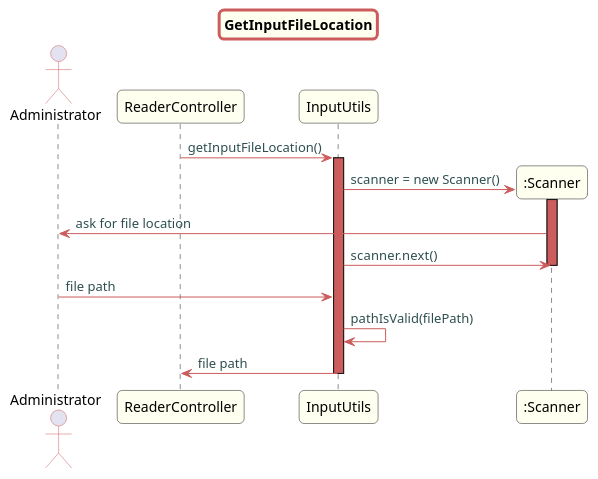
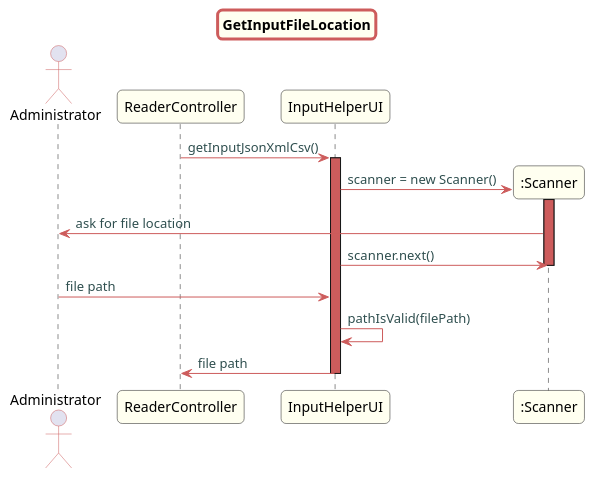
Before and after one commit to Almadanmp/project: the diagram in src/doc/Controllers/HouseConfiguration/US265/GetInputFileLocation.puml, drawn with PlantUML. The commit also changed 18 other files, not shown here.

```diff
--- a/src/doc/Controllers/HouseConfiguration/US265/GetInputFileLocation.puml
+++ b/src/doc/Controllers/HouseConfiguration/US265/GetInputFileLocation.puml
@@ -1,43 +1,43 @@
 @startuml
 
 skinparam titleBorderRoundCorner 10
 skinparam titleBorderThickness 3
 skinparam titleBorderColor indianred
 skinparam titleBackgroundColor ivory
 skinparam FontName quicksand
 
 skinparam actor {
   BorderColor indianred
   }
 
 skinparam sequence {
   LifeLineBackgroundColor indianred
   ParticipantBackgroundColor ivory
 }
 
 skinparam roundcorner 10
 
 skinparam component {
   arrowThickness 1
   ArrowFontName Verdana
   ArrowColor indianred
   ArrowFontColor darkslategrey
 }
 
 title GetInputFileLocation
 actor Administrator
-ReaderController -> InputUtils: getInputFileLocation()
-activate InputUtils
+ReaderController -> InputHelperUI: getInputJsonXmlCsv()
+activate InputHelperUI
 create ":Scanner"
-InputUtils -> ":Scanner": scanner = new Scanner()
+InputHelperUI -> ":Scanner": scanner = new Scanner()
 activate ":Scanner"
 ":Scanner" -> Administrator: ask for file location
-InputUtils -> ":Scanner": scanner.next()
+InputHelperUI -> ":Scanner": scanner.next()
 deactivate ":Scanner"
-Administrator -> InputUtils: file path
+Administrator -> InputHelperUI: file path
 
-InputUtils -> InputUtils: pathIsValid(filePath)
-InputUtils -> ReaderController: file path
-deactivate InputUtils
+InputHelperUI -> InputHelperUI: pathIsValid(filePath)
+InputHelperUI -> ReaderController: file path
+deactivate InputHelperUI
 
 @enduml
```
